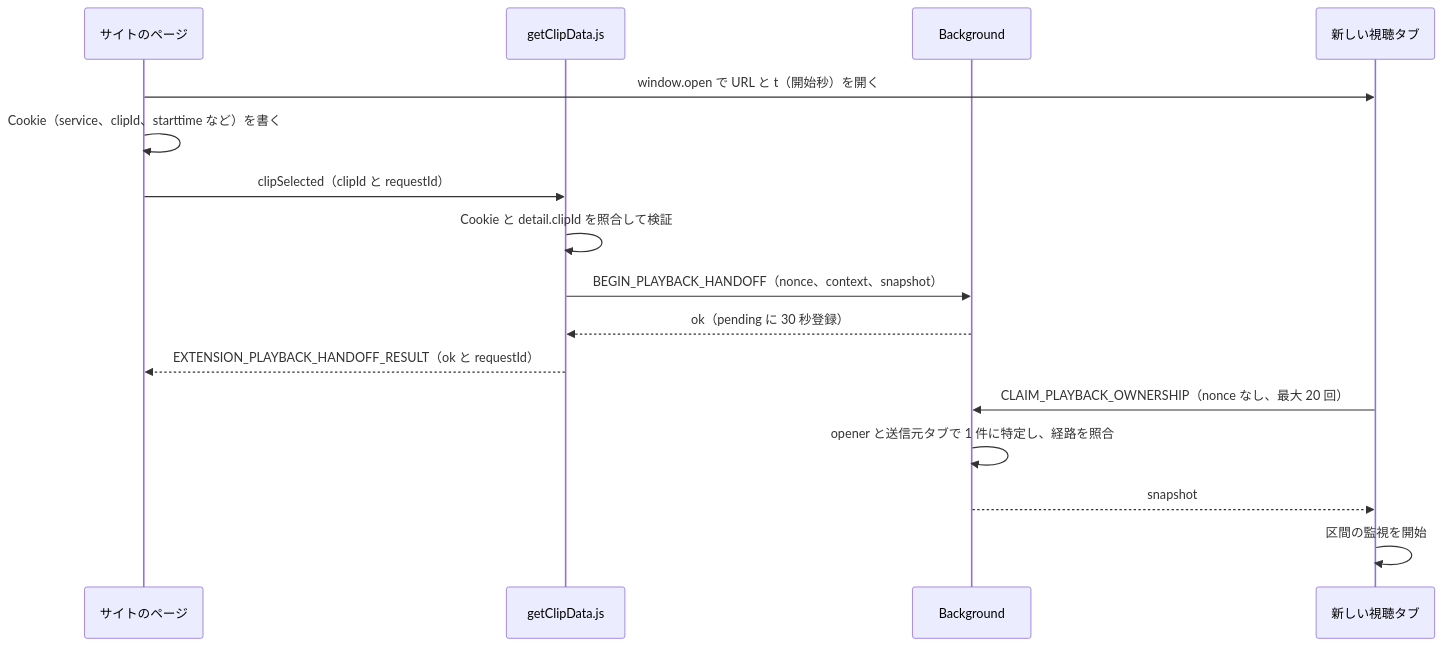
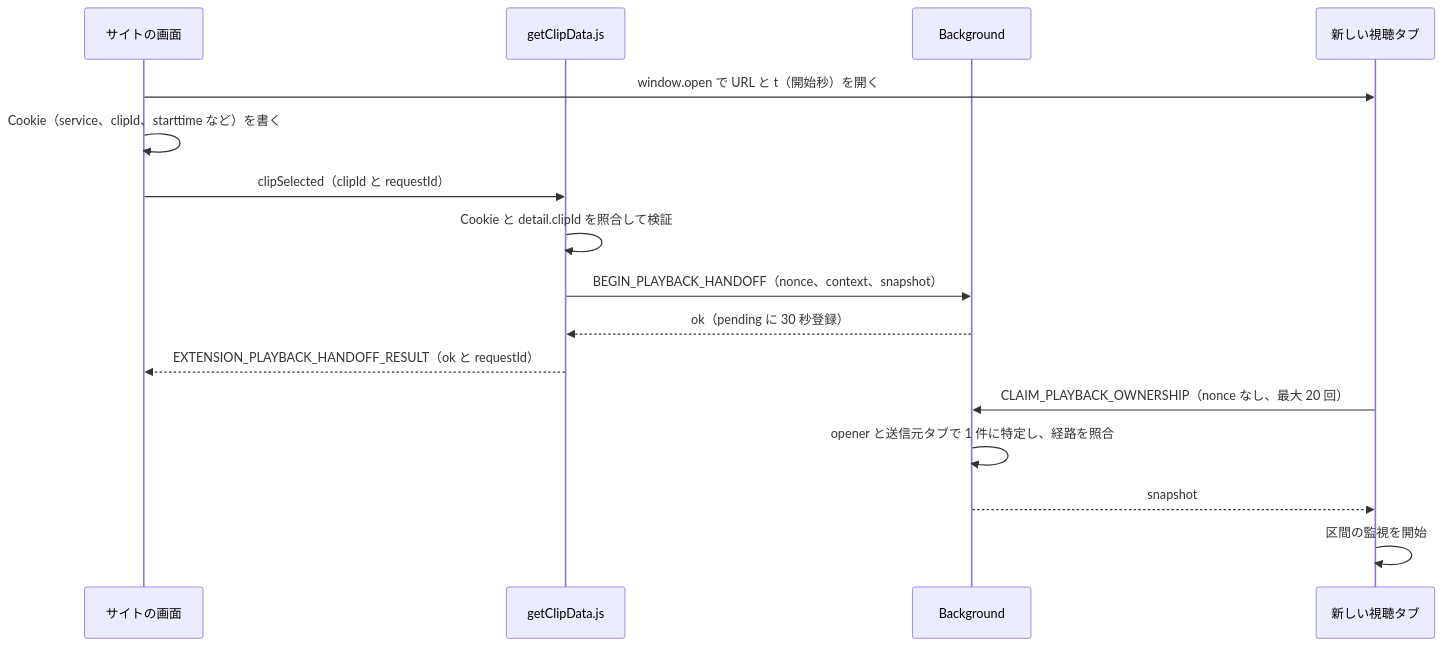
Before and after one commit to FigFingers/movieClipExtension: the fifth of 5 diagrams in design-doc.md, drawn with Mermaid. The commit also changed other lines of this file and 1 other file, not shown here.

```diff
--- a/design-doc.md
+++ b/design-doc.md
@@ -576,18 +569,18 @@
 ~~~mermaid
 sequenceDiagram
-  participant P as サイトのページ
+  participant P as サイトの画面
   participant G as getClipData.js
   participant BG as Background
   participant T as 新しい視聴タブ
   P->>T: window.open で URL と t（開始秒）を開く
   P->>P: Cookie（service、clipId、starttime など）を書く
   P->>G: clipSelected（clipId と requestId）
   G->>G: Cookie と detail.clipId を照合して検証
   G->>BG: BEGIN_PLAYBACK_HANDOFF（nonce、context、snapshot）
   BG-->>G: ok（pending に 30 秒登録）
   G-->>P: EXTENSION_PLAYBACK_HANDOFF_RESULT（ok と requestId）
   T->>BG: CLAIM_PLAYBACK_OWNERSHIP（nonce なし、最大 20 回）
   BG->>BG: opener と送信元タブで 1 件に特定し、経路を照合
   BG-->>T: snapshot
   T->>T: 区間の監視を開始
 ~~~
```
